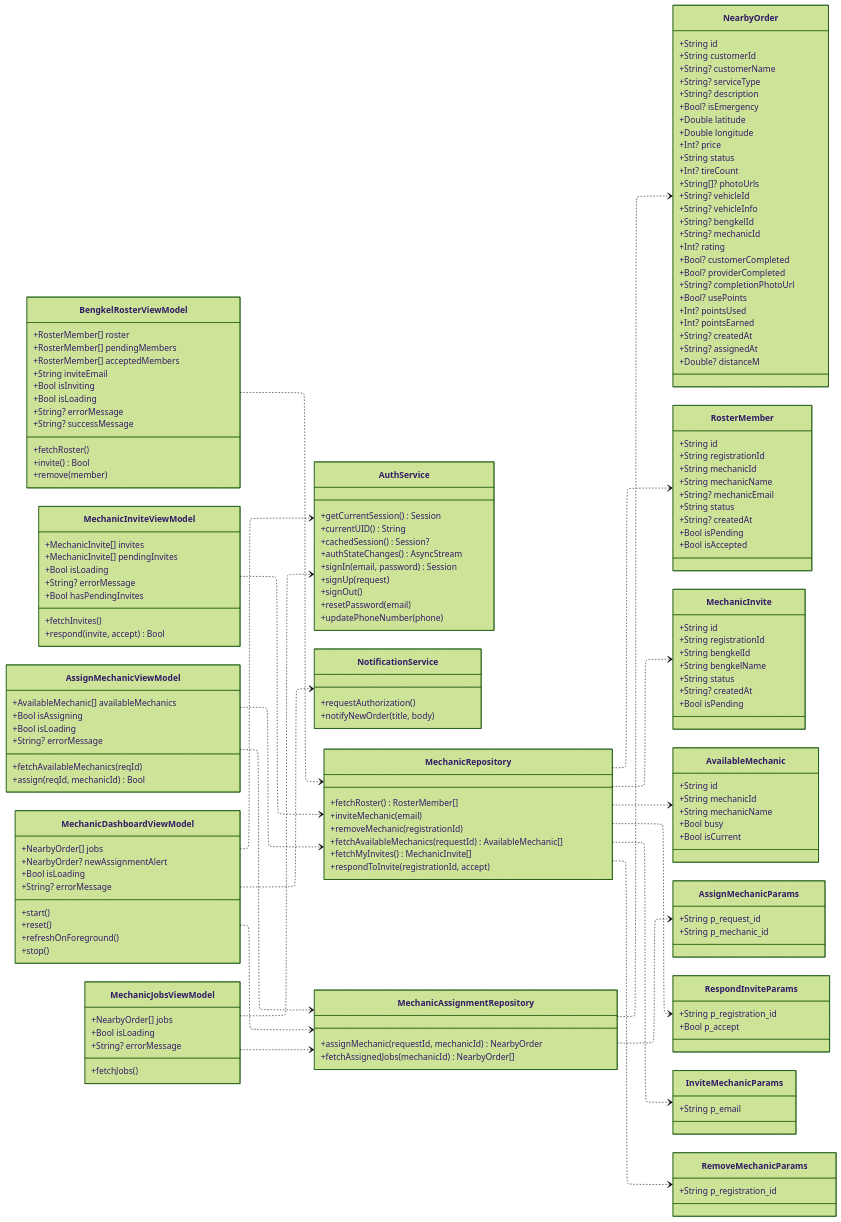
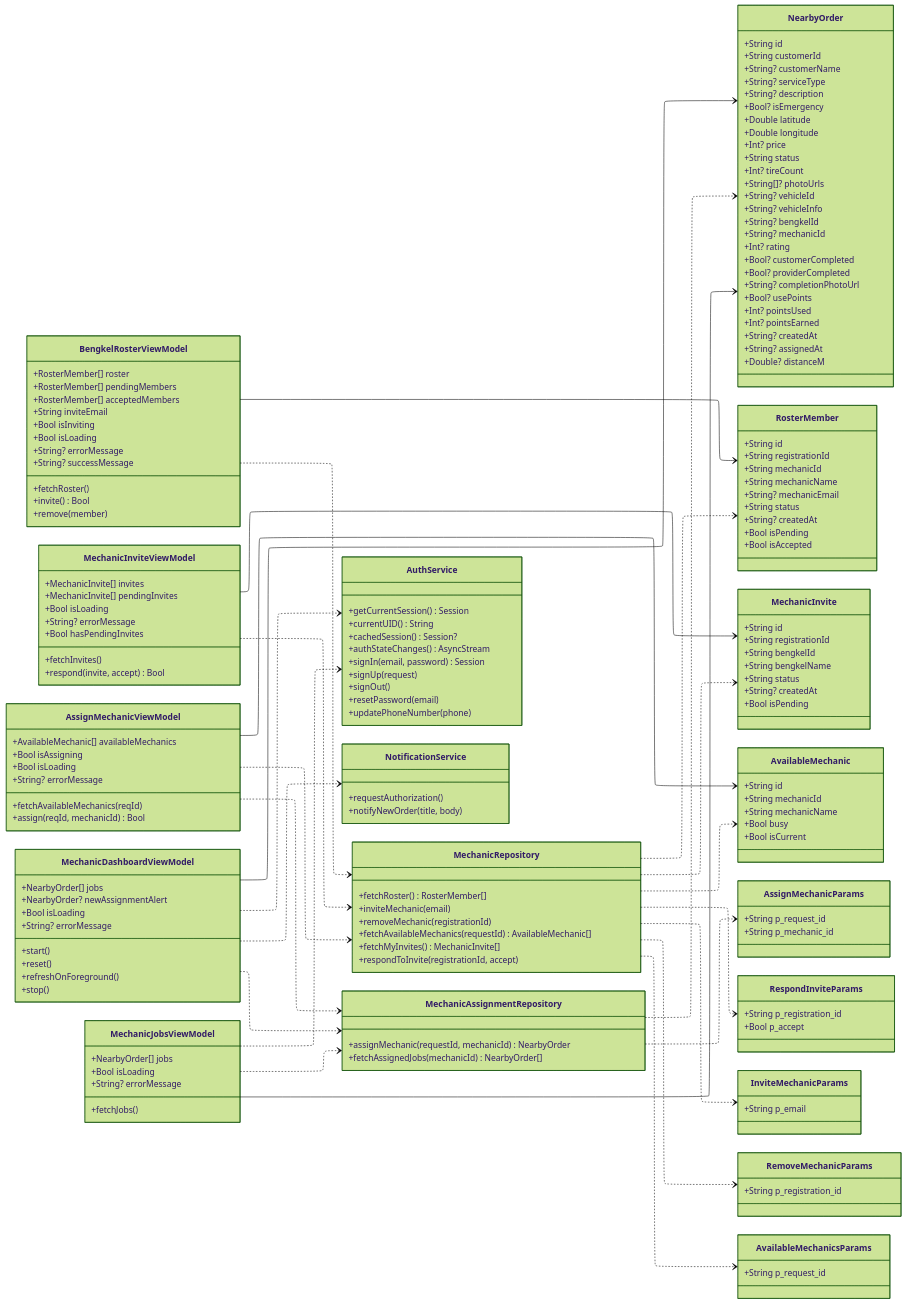
One commit to rei-soemanto/BengkelIn_SE changed the sixth of 12 diagrams in diagram/feature-class-diagrams.md. Above: the diagram before and after it, drawn with Mermaid (forest theme). The commit also changed other lines of this file and 9 other files, not shown here.

Commit message:
feature-class-diagram update

```diff
--- a/diagram/feature-class-diagrams.md
+++ b/diagram/feature-class-diagrams.md
@@ -996,22 +1005,31 @@
     class RemoveMechanicParams {
         +String p_registration_id
     }
+    class AvailableMechanicsParams {
+        +String p_request_id
+    }
 
     BengkelRosterViewModel ..> MechanicRepository
+    BengkelRosterViewModel --> RosterMember
     MechanicInviteViewModel ..> MechanicRepository
+    MechanicInviteViewModel --> MechanicInvite
     AssignMechanicViewModel ..> MechanicRepository
     AssignMechanicViewModel ..> MechanicAssignmentRepository
+    AssignMechanicViewModel --> AvailableMechanic
     MechanicDashboardViewModel ..> MechanicAssignmentRepository
     MechanicDashboardViewModel ..> AuthService
     MechanicDashboardViewModel ..> NotificationService
+    MechanicDashboardViewModel --> NearbyOrder
     MechanicJobsViewModel ..> MechanicAssignmentRepository
     MechanicJobsViewModel ..> AuthService
+    MechanicJobsViewModel --> NearbyOrder
     MechanicRepository ..> RosterMember
     MechanicRepository ..> MechanicInvite
     MechanicRepository ..> AvailableMechanic
     MechanicRepository ..> RespondInviteParams
     MechanicRepository ..> InviteMechanicParams
     MechanicRepository ..> RemoveMechanicParams
+    MechanicRepository ..> AvailableMechanicsParams
     MechanicAssignmentRepository ..> AssignMechanicParams
     MechanicAssignmentRepository ..> NearbyOrder
 
```
